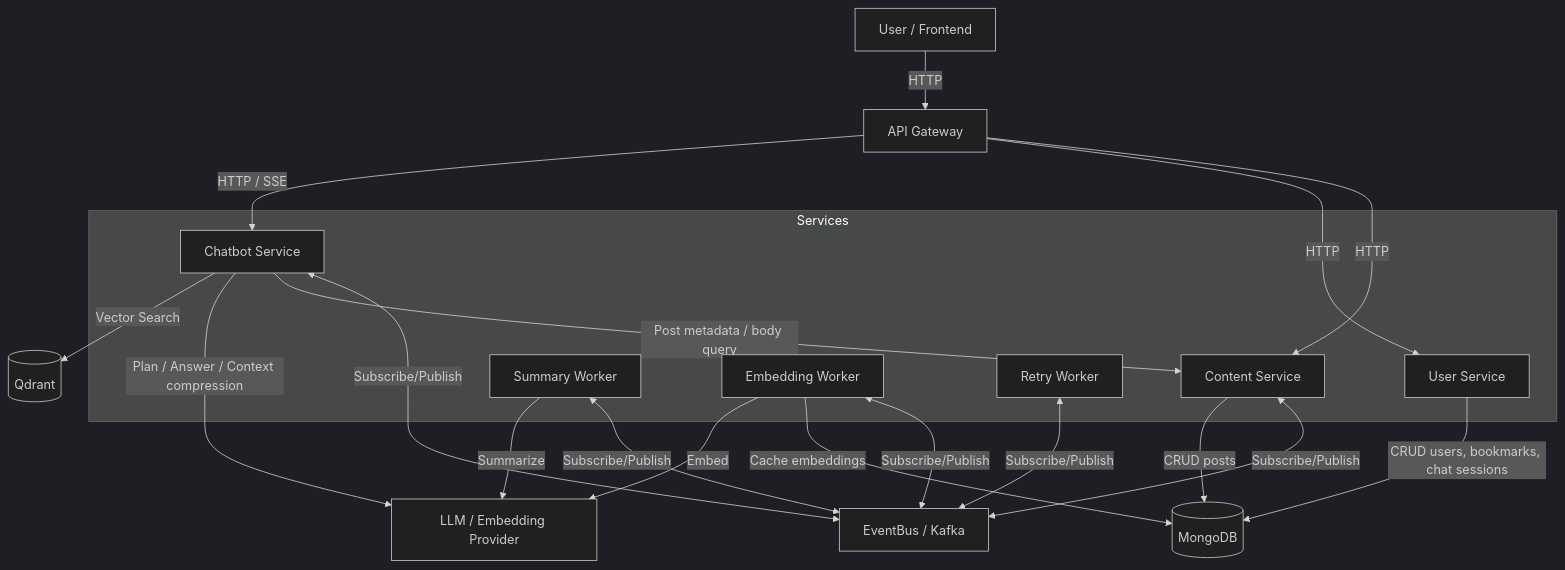
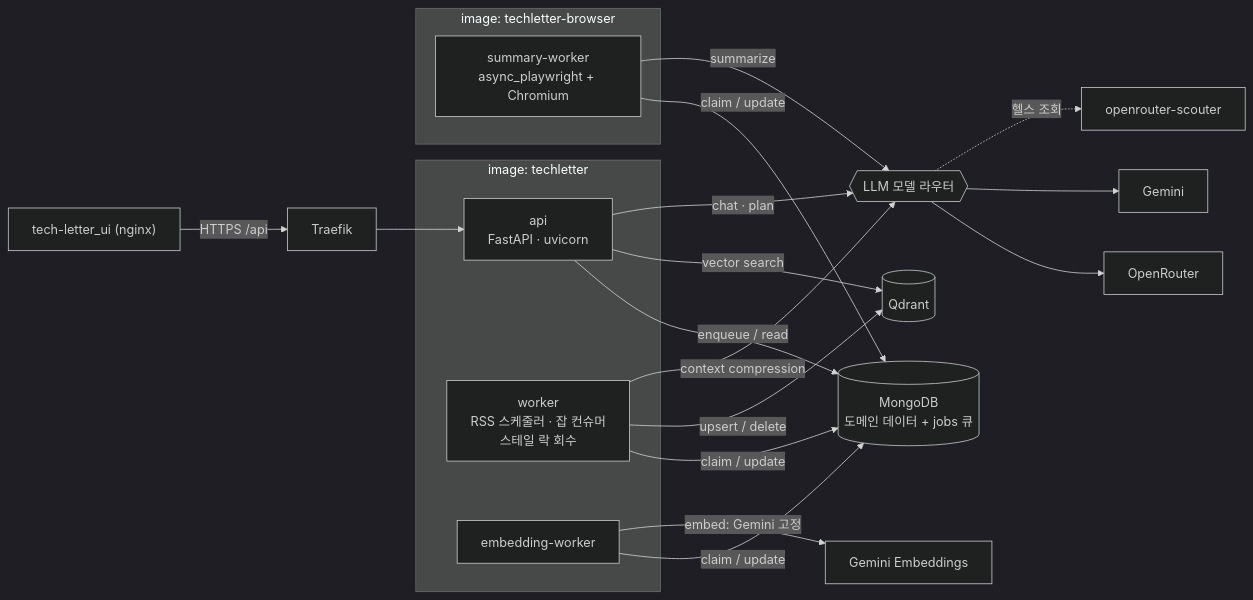
Before and after one commit to TechLetter/tech-letter: the diagram in README.md, drawn with Mermaid (dark theme). The commit also changed other lines of this file and 4 other files, not shown here.

````diff
--- a/README.md
+++ b/README.md
@@ -73,35 +28,30 @@
 ```mermaid
-flowchart TB
-    Client[User / Frontend] -->|HTTP| API[API Gateway]
-    API -->|HTTP| CS[Content Service]
-    API -->|HTTP| US[User Service]
-    API -->|HTTP / SSE| CBS[Chatbot Service]
+flowchart LR
+    FE["tech-letter_ui (nginx)"] -->|HTTPS /api| T[Traefik]
+    T --> API
 
-    subgraph Services
-        CS
-        US
-        SW[Summary Worker]
-        EW[Embedding Worker]
-        CBS[Chatbot Service]
-        RW[Retry Worker]
+    subgraph img1["image: techletter"]
+        API["api<br/>FastAPI · uvicorn"]
+        W["worker<br/>RSS 스케줄러 · 잡 컨슈머<br/>스테일 락 회수"]
+        EW["embedding-worker"]
+    end
+    subgraph img2["image: techletter-browser"]
+        SW["summary-worker<br/>async_playwright + Chromium"]
     end
 
-    CS <-->|Subscribe/Publish| EB[EventBus / Kafka]
-    SW <-->|Subscribe/Publish| EB
-    EW <-->|Subscribe/Publish| EB
-    CBS <-->|Subscribe/Publish| EB
-    RW <-->|Subscribe/Publish| EB
+    API -->|enqueue / read| M[("MongoDB<br/>도메인 데이터 + jobs 큐")]
+    W -->|claim / update| M
+    SW -->|claim / update| M
+    EW -->|claim / update| M
 
-    DB[(MongoDB)]
-    VDB[(Qdrant)]
-    LLM[LLM / Embedding Provider]
+    API -->|vector search| Q[(Qdrant)]
+    W -->|upsert / delete| Q
 
-    CS -->|CRUD posts| DB
-    US -->|CRUD users, bookmarks, chat sessions| DB
-    EW -->|Cache embeddings| DB
-    CBS -->|Post metadata / body query| CS
-    SW -->|Summarize| LLM
-    EW -->|Embed| LLM
-    CBS -->|Plan / Answer / Context compression| LLM
-    CBS -->|Vector Search| VDB
+    API -->|chat · plan| R{{"LLM 모델 라우터"}}
+    W -->|context compression| R
+    SW -->|summarize| R
+    EW -->|embed: Gemini 고정| G[Gemini Embeddings]
+    R --> OR[OpenRouter]
+    R --> GG[Gemini]
+    R -.->|헬스 조회| SC["openrouter-scouter"]
 ```
````
